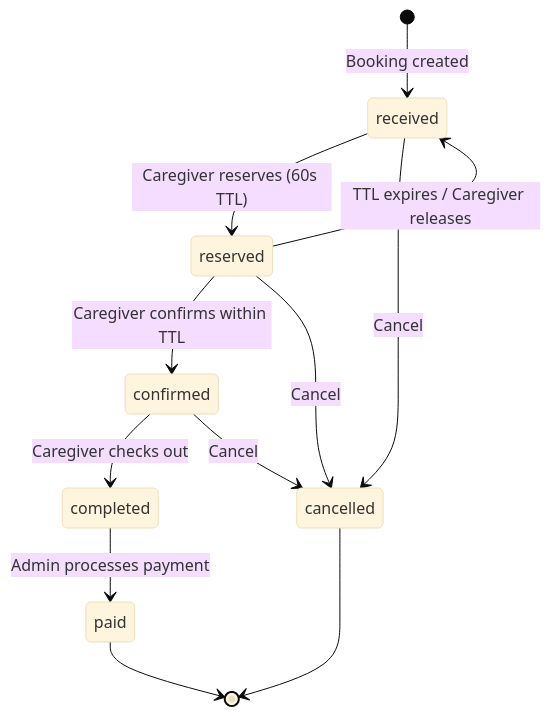
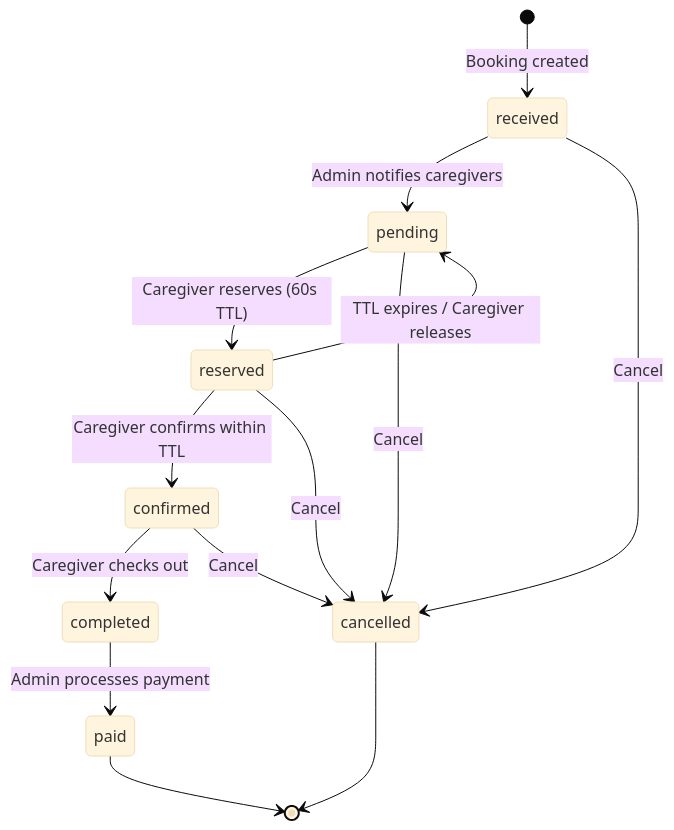
Before and after one commit to r00t4bl3/sitterwise: the first of 12 diagrams in docs/booking-flow.md, drawn with Mermaid (base theme). The commit also changed other lines of this file and 93 other files, not shown here.

````diff
--- a/docs/booking-flow.md
+++ b/docs/booking-flow.md
@@ -5,14 +5,16 @@
 ```mermaid
 stateDiagram-v2
     [*] --> received : Booking created
-    received --> reserved : Caregiver reserves (60s TTL)
-    reserved --> received : TTL expires / Caregiver releases
+    received --> pending : Admin notifies caregivers
+    pending --> reserved : Caregiver reserves (60s TTL)
+    reserved --> pending : TTL expires / Caregiver releases
     reserved --> confirmed : Caregiver confirms within TTL
     confirmed --> completed : Caregiver checks out
     completed --> paid : Admin processes payment
     received --> cancelled : Cancel
+    pending --> cancelled : Cancel
     reserved --> cancelled : Cancel
     confirmed --> cancelled : Cancel
     paid --> [*]
     cancelled --> [*]
 ```
````
